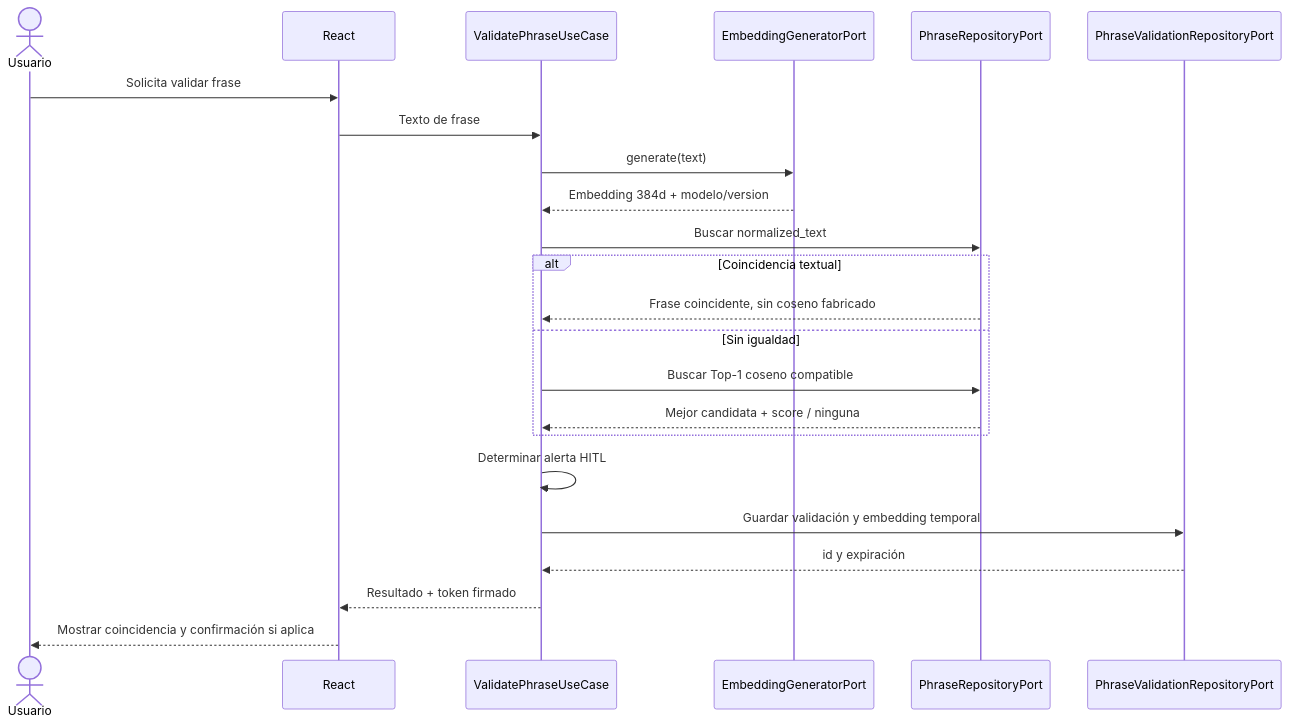
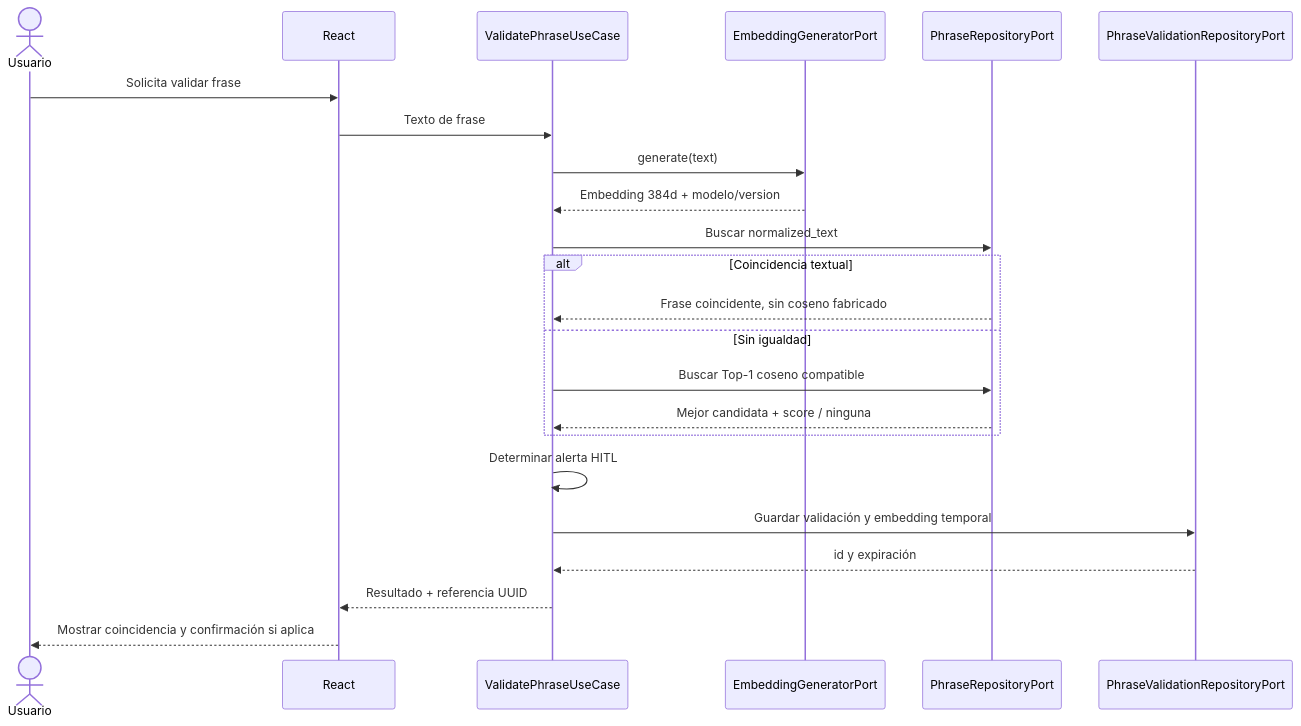
The fourth of 4 diagrams in docs/03-architecture/05-data-architecture.md (eduardoquispe/semantic-phrase-app), drawn with Mermaid before and after one commit. The commit also changed other lines of this file and 7 other files, not shown here.

````diff
--- a/docs/03-architecture/05-data-architecture.md
+++ b/docs/03-architecture/05-data-architecture.md
@@ -350,25 +360,25 @@
 ```mermaid
 sequenceDiagram
     actor User as Usuario
     participant FE as React
     participant UC as ValidatePhraseUseCase
     participant AI as EmbeddingGeneratorPort
     participant PR as PhraseRepositoryPort
     participant VR as PhraseValidationRepositoryPort
     User->>FE: Solicita validar frase
     FE->>UC: Texto de frase
     UC->>AI: generate(text)
     AI-->>UC: Embedding 384d + modelo/version
     UC->>PR: Buscar normalized_text
     alt Coincidencia textual
         PR-->>UC: Frase coincidente, sin coseno fabricado
     else Sin igualdad
         UC->>PR: Buscar Top-1 coseno compatible
         PR-->>UC: Mejor candidata + score / ninguna
     end
     UC->>UC: Determinar alerta HITL
     UC->>VR: Guardar validación y embedding temporal
     VR-->>UC: id y expiración
-    UC-->>FE: Resultado + token firmado
+    UC-->>FE: Resultado + referencia UUID
     FE-->>User: Mostrar coincidencia y confirmación si aplica
 ```
````
